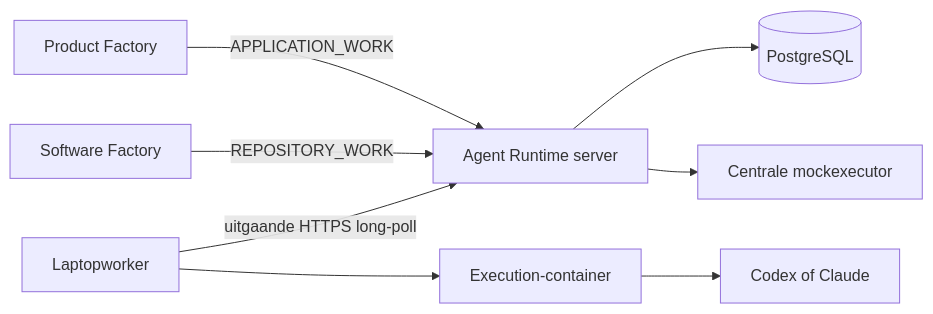
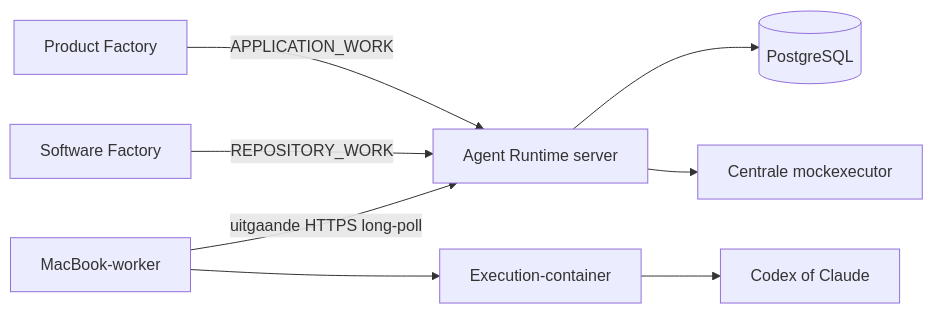
The diagram in docs/architectuur-en-beveiliging.md (robbertvdzon/agent-runtime), drawn with Mermaid before and after one commit. The commit also changed other lines of this file and 14 other files, not shown here.

````diff
--- a/docs/architectuur-en-beveiliging.md
+++ b/docs/architectuur-en-beveiliging.md
@@ -16,10 +10,10 @@
 ```mermaid
 flowchart LR
   PF[Product Factory] -->|APPLICATION_WORK| API[Agent Runtime server]
   SF[Software Factory] -->|REPOSITORY_WORK| API
   API --> DB[(PostgreSQL)]
   API --> MOCK[Centrale mockexecutor]
-  WORKER[Laptopworker] -->|uitgaande HTTPS long-poll| API
+  WORKER[MacBook-worker] -->|uitgaande HTTPS long-poll| API
   WORKER --> CONTAINER[Execution-container]
   CONTAINER --> CODEX[Codex of Claude]
 ```
````
